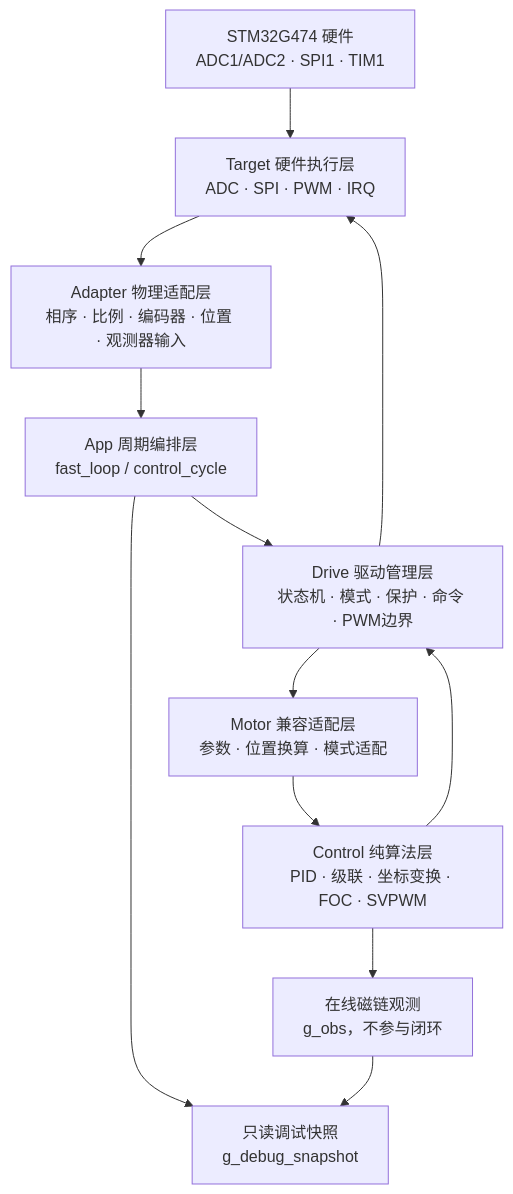
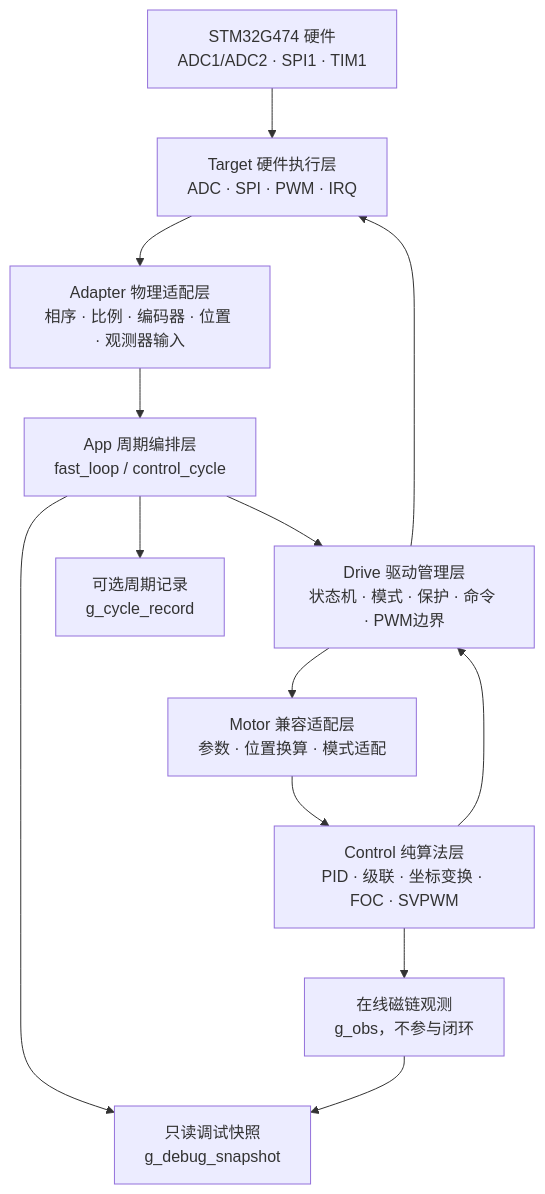
The first of 8 diagrams in 文档/架构重构/08_完整代码框架状态机与算法详解.md (HHHyuan111/AxDr_L), drawn with Mermaid before and after one commit. The commit also changed other lines of this file and 46 other files, not shown here.

````diff
--- a/文档/架构重构/08_完整代码框架状态机与算法详解.md
+++ b/文档/架构重构/08_完整代码框架状态机与算法详解.md
@@ -37,14 +37,15 @@
 ```mermaid
 flowchart TB
     HW[STM32G474 硬件<br/>ADC1/ADC2 · SPI1 · TIM1] --> TARGET[Target 硬件执行层<br/>ADC · SPI · PWM · IRQ]
     TARGET --> ADAPTER[Adapter 物理适配层<br/>相序 · 比例 · 编码器 · 位置 · 观测器输入]
     ADAPTER --> APP[App 周期编排层<br/>fast_loop / control_cycle]
     APP --> DRIVE[Drive 驱动管理层<br/>状态机 · 模式 · 保护 · 命令 · PWM边界]
     DRIVE --> MOTOR[Motor 兼容适配层<br/>参数 · 位置换算 · 模式适配]
     MOTOR --> CONTROL[Control 纯算法层<br/>PID · 级联 · 坐标变换 · FOC · SVPWM]
     CONTROL --> DRIVE
     DRIVE --> TARGET
     APP --> DEBUG[只读调试快照<br/>g_debug_snapshot]
+    APP --> RECORD[可选周期记录<br/>g_cycle_record]
     CONTROL --> OBS[在线磁链观测<br/>g_obs，不参与闭环]
     OBS --> DEBUG
 ```
````
